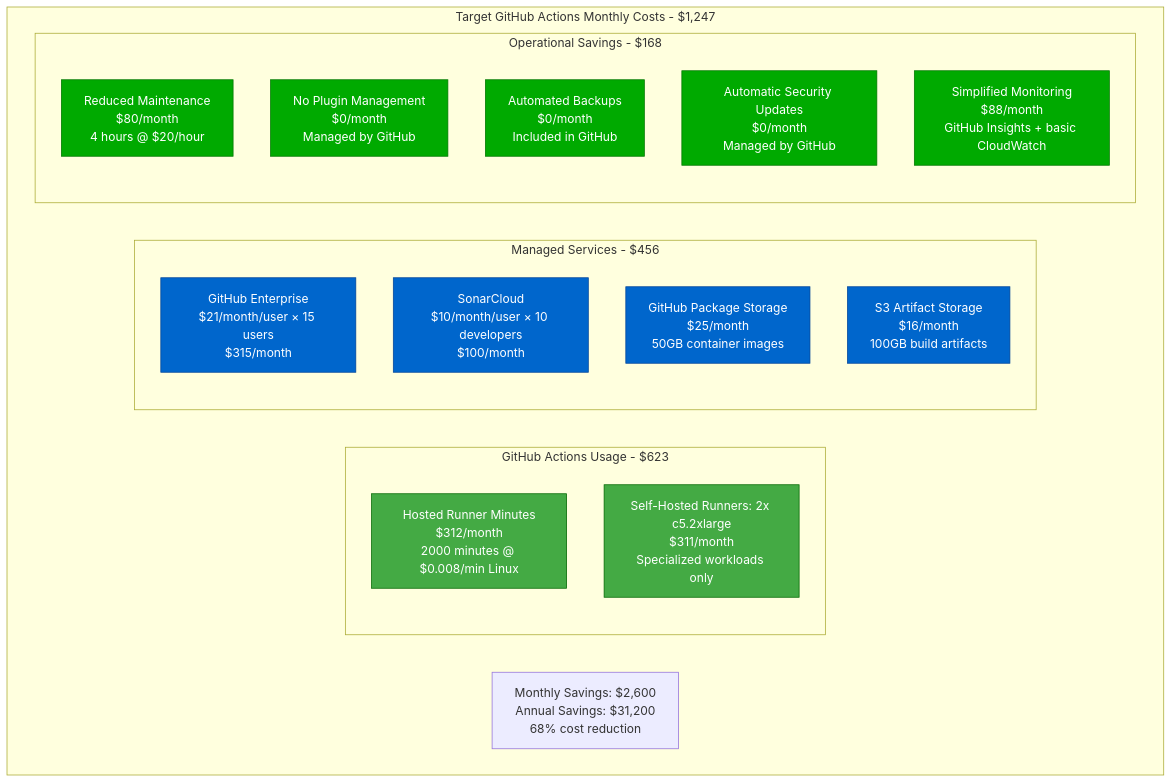
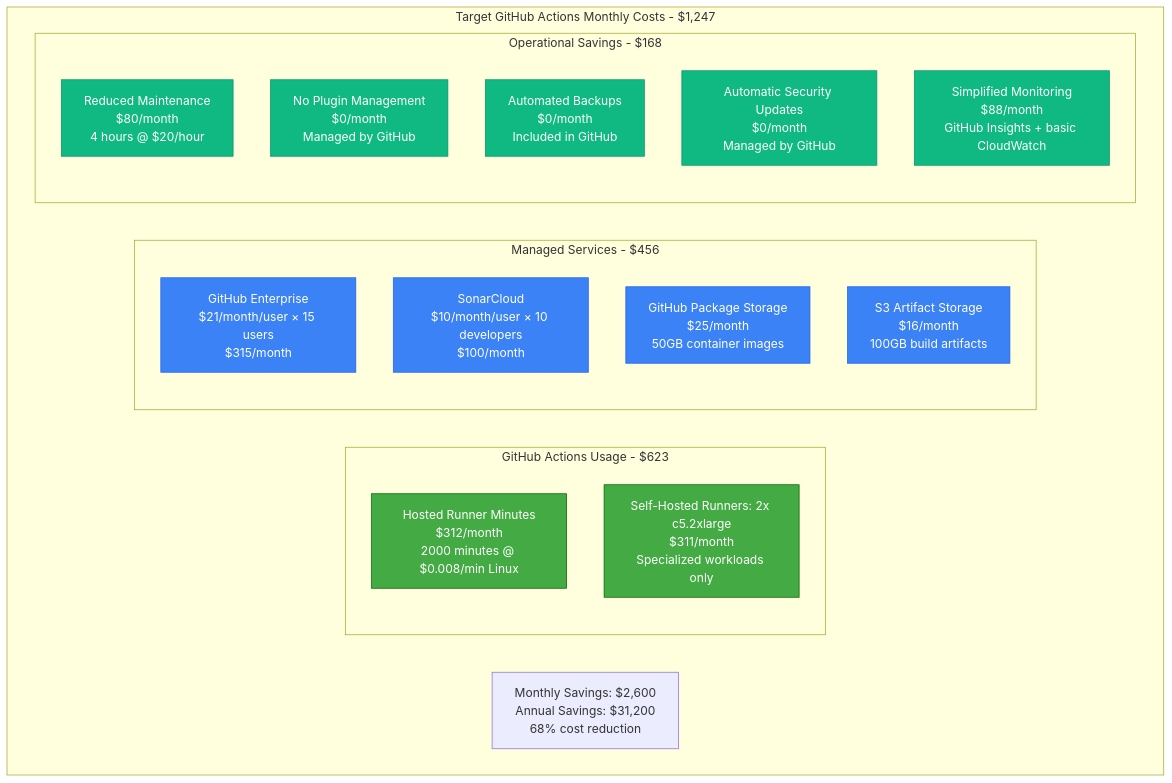
Before and after one commit to deepaucksharma/DS: the sixth of 7 diagrams in site/docs/migrations/jenkins-to-github-actions.md, drawn with Mermaid. The commit also changed other lines of this file and 187 other files, not shown here.

````diff
--- a/site/docs/migrations/jenkins-to-github-actions.md
+++ b/site/docs/migrations/jenkins-to-github-actions.md
@@ -1046,36 +1046,36 @@
 ```mermaid
 graph TB
     subgraph TargetCosts[Target GitHub Actions Monthly Costs - $1,247]
 
         subgraph GHACosts[GitHub Actions Usage - $623]
             HOSTED_MINUTES[Hosted Runner Minutes<br/>$312/month<br/>2000 minutes @ $0.008/min Linux]
             SELF_HOSTED[Self-Hosted Runners: 2x c5.2xlarge<br/>$311/month<br/>Specialized workloads only]
         end
 
         subgraph ServiceCosts[Managed Services - $456]
             GITHUB_ENTERPRISE[GitHub Enterprise<br/>$21/month/user × 15 users<br/>$315/month]
             SONAR_CLOUD[SonarCloud<br/>$10/month/user × 10 developers<br/>$100/month]
             GITHUB_STORAGE[GitHub Package Storage<br/>$25/month<br/>50GB container images]
             S3_ARTIFACTS[S3 Artifact Storage<br/>$16/month<br/>100GB build artifacts]
         end
 
         subgraph OperationalSavings[Operational Savings - $168]
             REDUCED_MAINTENANCE[Reduced Maintenance<br/>$80/month<br/>4 hours @ $20/hour]
             NO_PLUGIN_MGMT[No Plugin Management<br/>$0/month<br/>Managed by GitHub]
             AUTOMATED_BACKUPS[Automated Backups<br/>$0/month<br/>Included in GitHub]
             AUTO_SECURITY[Automatic Security Updates<br/>$0/month<br/>Managed by GitHub]
             SIMPLIFIED_MONITORING[Simplified Monitoring<br/>$88/month<br/>GitHub Insights + basic CloudWatch]
         end
 
         TOTAL_SAVINGS[Monthly Savings: $2,600<br/>Annual Savings: $31,200<br/>68% cost reduction]
     end
 
     %% Cost colors
     classDef ghaCost fill:#44aa44,stroke:#006600,color:#fff
-    classDef serviceCost fill:#0066cc,stroke:#004499,color:#fff
-    classDef savingsCost fill:#00aa00,stroke:#007700,color:#fff
+    classDef serviceCost fill:#3B82F6,stroke:#2563EB,color:#fff
+    classDef savingsCost fill:#10B981,stroke:#059669,color:#fff
 
     class HOSTED_MINUTES,SELF_HOSTED ghaCost
     class GITHUB_ENTERPRISE,SONAR_CLOUD,GITHUB_STORAGE,S3_ARTIFACTS serviceCost
     class REDUCED_MAINTENANCE,NO_PLUGIN_MGMT,AUTOMATED_BACKUPS,AUTO_SECURITY,SIMPLIFIED_MONITORING savingsCost
 ```
````
